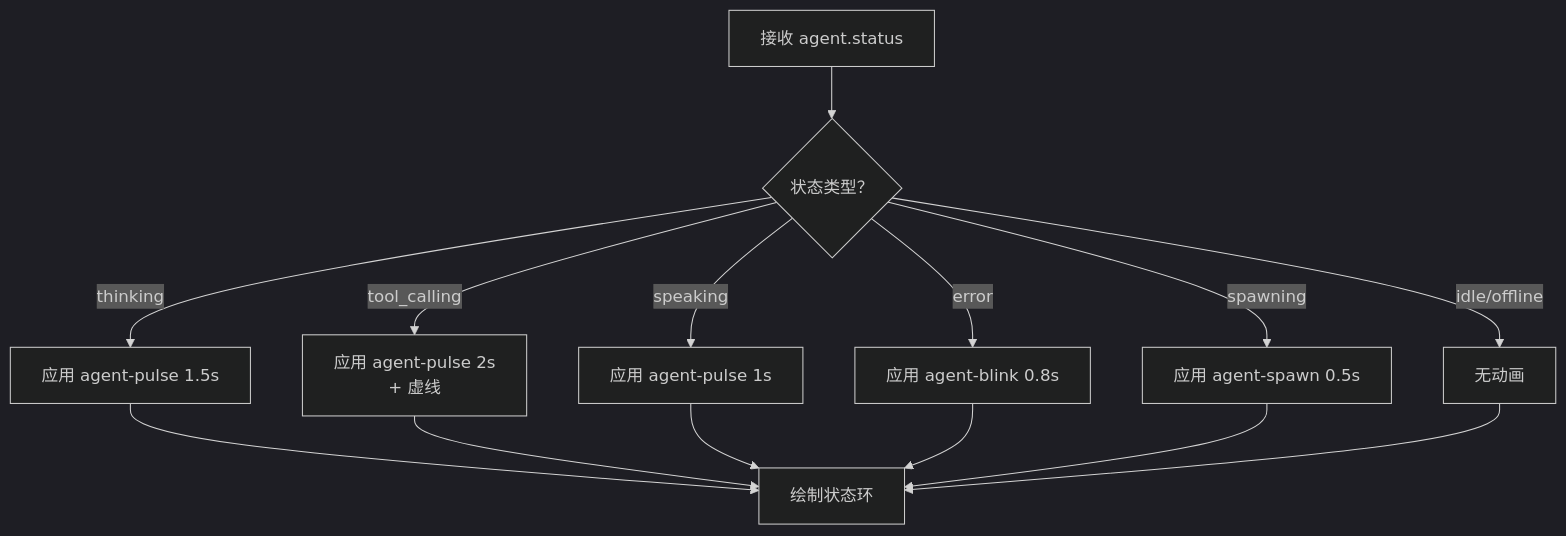
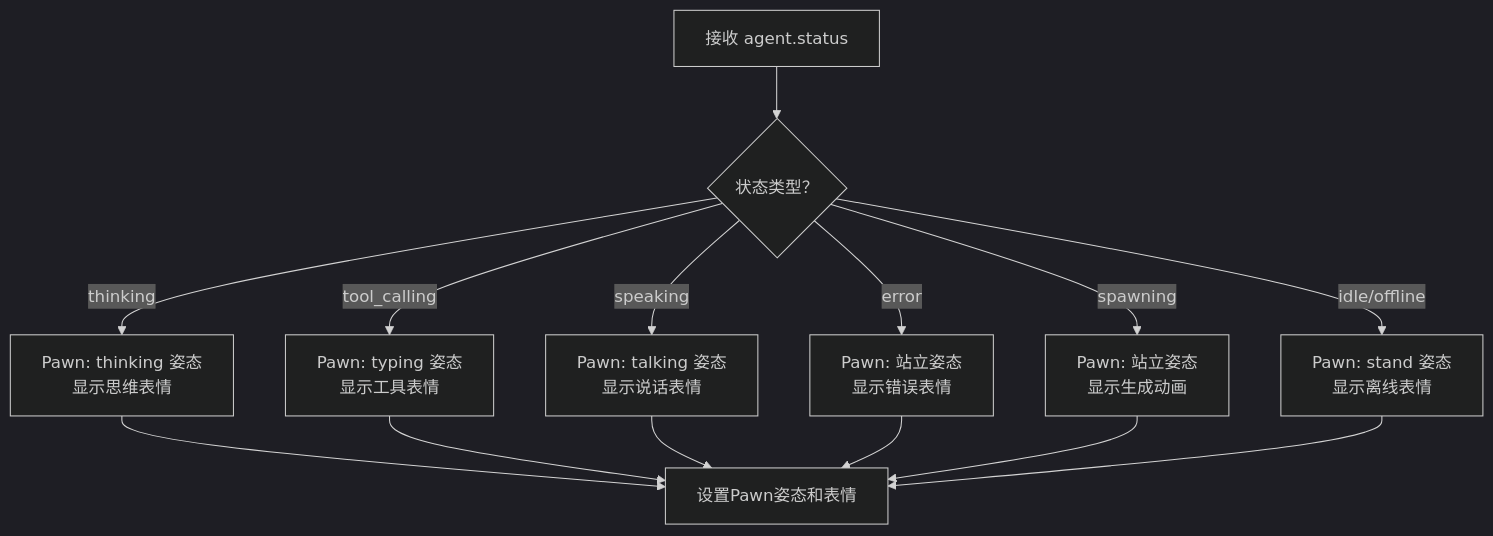
Before and after one commit to WW-AI-Lab/openclaw-office: the fourth of 7 diagrams in .qoder/repowiki/zh/content/虚拟办公室系统/智能体可视化系统.md, drawn with Mermaid (dark theme). The commit also changed other lines of this file and 15 other files, not shown here.

````diff
--- a/.qoder/repowiki/zh/content/虚拟办公室系统/智能体可视化系统.md
+++ b/.qoder/repowiki/zh/content/虚拟办公室系统/智能体可视化系统.md
@@ -162,16 +223,16 @@
 ```mermaid
 flowchart TD
 S["接收 agent.status"] --> Decide{"状态类型？"}
-Decide --> |thinking| Pulse["应用 agent-pulse 1.5s"]
-Decide --> |tool_calling| Pulse2["应用 agent-pulse 2s<br/>+ 虚线"]
-Decide --> |speaking| Pulse1["应用 agent-pulse 1s"]
-Decide --> |error| Blink["应用 agent-blink 0.8s"]
-Decide --> |spawning| Spawn["应用 agent-spawn 0.5s"]
-Decide --> |idle/offline| None["无动画"]
-Pulse --> Ring["绘制状态环"]
-Pulse2 --> Ring
-Pulse1 --> Ring
-Blink --> Ring
-Spawn --> Ring
-None --> Ring
+Decide --> |thinking| Think["Pawn: thinking 姿态<br/>显示思维表情"]
+Decide --> |tool_calling| Tool["Pawn: typing 姿态<br/>显示工具表情"]
+Decide --> |speaking| Speak["Pawn: talking 姿态<br/>显示说话表情"]
+Decide --> |error| Error["Pawn: 站立姿态<br/>显示错误表情"]
+Decide --> |spawning| Spawn["Pawn: 站立姿态<br/>显示生成动画"]
+Decide --> |idle/offline| Idle["Pawn: stand 姿态<br/>显示离线表情"]
+Think --> Pose["设置Pawn姿态和表情"]
+Tool --> Pose
+Speak --> Pose
+Error --> Pose
+Spawn --> Pose
+Idle --> Pose
 ```
````
